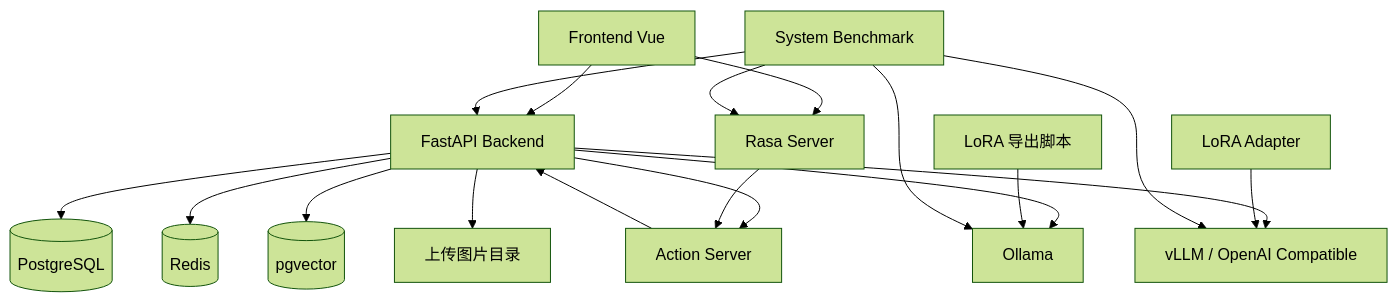
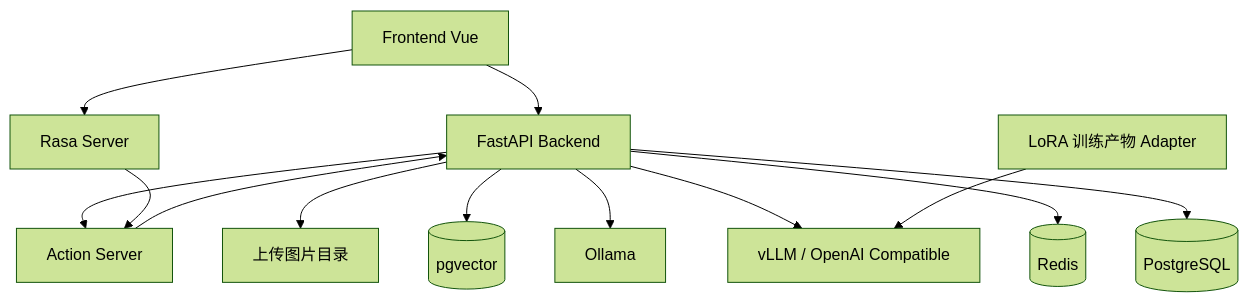
Before and after one commit to MAK1MAAaa/Rasa-EC-bot: the first of 2 diagrams in design.md, drawn with Mermaid (forest theme). The commit also changed other lines of this file and 26 other files, not shown here.

````diff
--- a/design.md
+++ b/design.md
@@ -98,20 +98,15 @@
 ```mermaid
 graph TD
     A[Frontend Vue] --> B[FastAPI Backend]
     A --> C[Rasa Server]
     B --> D[(PostgreSQL)]
     B --> E[(Redis)]
     B --> F[Ollama]
     B --> L[vLLM / OpenAI Compatible]
     B --> G[Action Server]
     G --> B
     C --> G
     B --> H[(pgvector)]
     B --> I[上传图片目录]
-    J[LoRA 导出脚本] --> F
-    M[LoRA Adapter] --> L
-    K[System Benchmark] --> B
-    K --> C
-    K --> F
-    K --> L
+    J[LoRA 训练产物 Adapter] --> L
 ```
````
